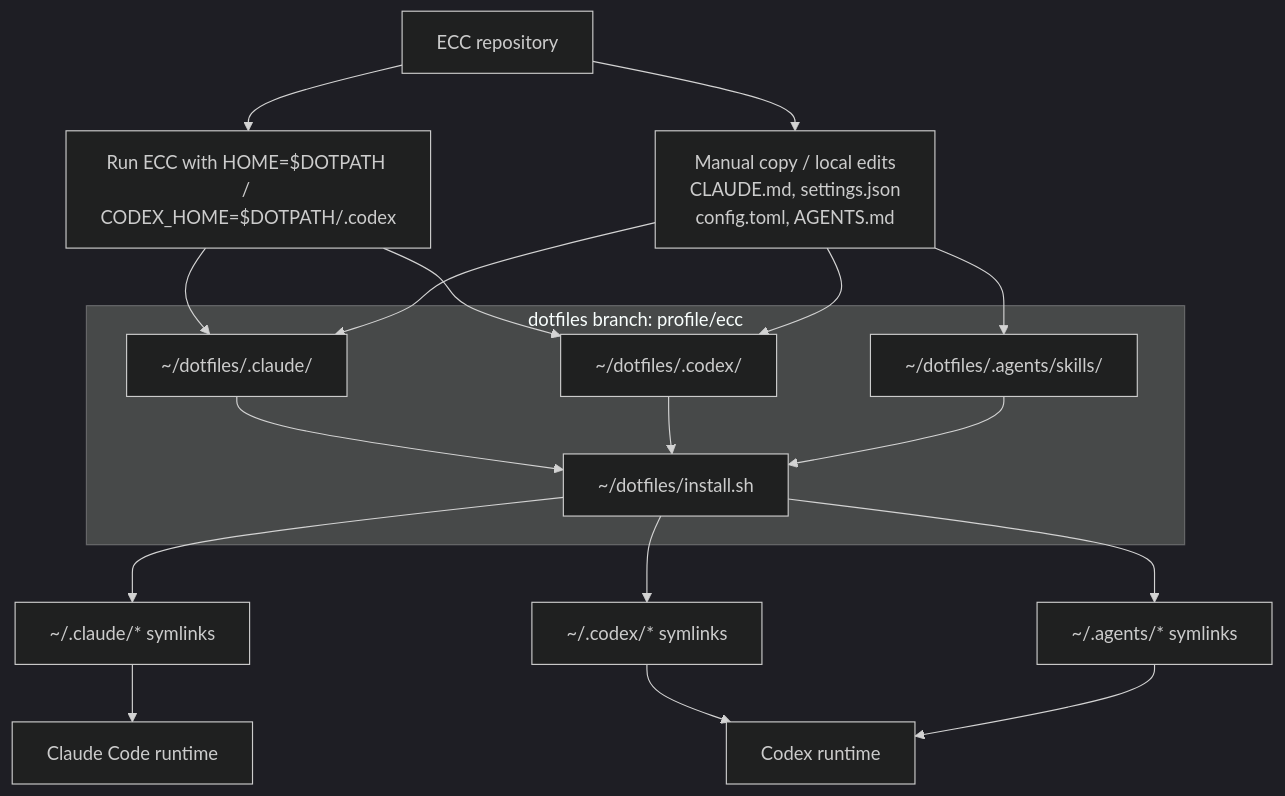
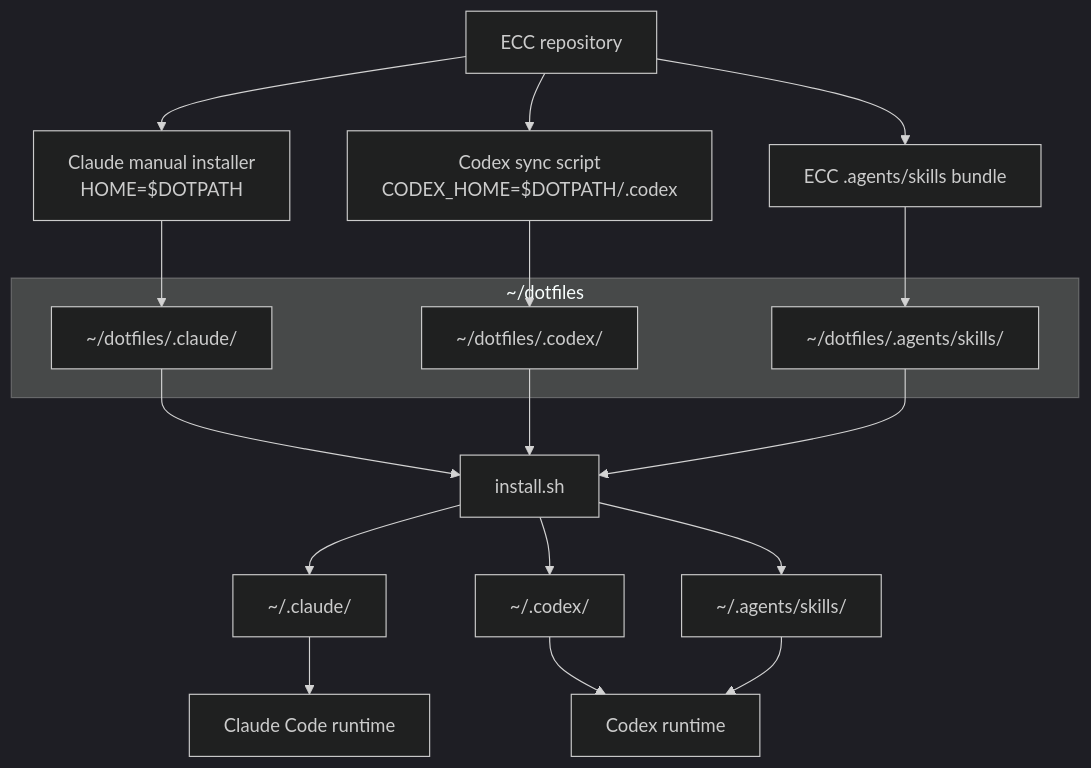
The sixth of 6 diagrams in docs/ecc-application-map.md (t-yokota/dotfiles), drawn with Mermaid (dark theme) before and after one commit. The commit also changed other lines of this file and 1 other file, not shown here.

First line of the commit message:
ECC: document profile base install workflow

````diff
--- a/docs/ecc-application-map.md
+++ b/docs/ecc-application-map.md
@@ -172,32 +176,26 @@
 ```mermaid
 flowchart TD
   ECC["ECC repository"]
-  DotfilesEnv["Run ECC with HOME=$DOTPATH / CODEX_HOME=$DOTPATH/.codex"]
-  ManualFiles["Manual copy / local edits<br/>CLAUDE.md, settings.json<br/>config.toml, AGENTS.md"]
-  HomeClaude["~/.claude/* symlinks"]
-  HomeCodex["~/.codex/* symlinks"]
-  HomeAgents["~/.agents/* symlinks"]
+  ClaudeInstall["Claude manual installer<br/>HOME=$DOTPATH"]
+  CodexSync["Codex sync script<br/>CODEX_HOME=$DOTPATH/.codex"]
+  CodexSkills["ECC .agents/skills bundle"]
+  Install["install.sh"]
+  HomeClaude["~/.claude/"]
+  HomeCodex["~/.codex/"]
+  HomeAgents["~/.agents/skills/"]
   ClaudeRuntime["Claude Code runtime"]
   CodexRuntime["Codex runtime"]
 
-  subgraph Dotfiles["dotfiles branch: profile/ecc"]
+  subgraph Dotfiles["~/dotfiles"]
     DotClaude["~/dotfiles/.claude/"]
     DotCodex["~/dotfiles/.codex/"]
     DotAgents["~/dotfiles/.agents/skills/"]
-    DotInstall["~/dotfiles/install.sh"]
   end
 
-  ECC --> DotfilesEnv
-  ECC --> ManualFiles
-  DotfilesEnv --> DotClaude
-  DotfilesEnv --> DotCodex
-  ManualFiles --> DotClaude
-  ManualFiles --> DotCodex
-  ManualFiles --> DotAgents
-  DotClaude --> DotInstall
-  DotCodex --> DotInstall
-  DotAgents --> DotInstall
-  DotInstall --> HomeClaude --> ClaudeRuntime
-  DotInstall --> HomeCodex --> CodexRuntime
-  DotInstall --> HomeAgents --> CodexRuntime
+  ECC --> ClaudeInstall --> DotClaude
+  ECC --> CodexSync --> DotCodex
+  ECC --> CodexSkills --> DotAgents
+  DotClaude --> Install --> HomeClaude --> ClaudeRuntime
+  DotCodex --> Install --> HomeCodex --> CodexRuntime
+  DotAgents --> Install --> HomeAgents --> CodexRuntime
 ```
````
